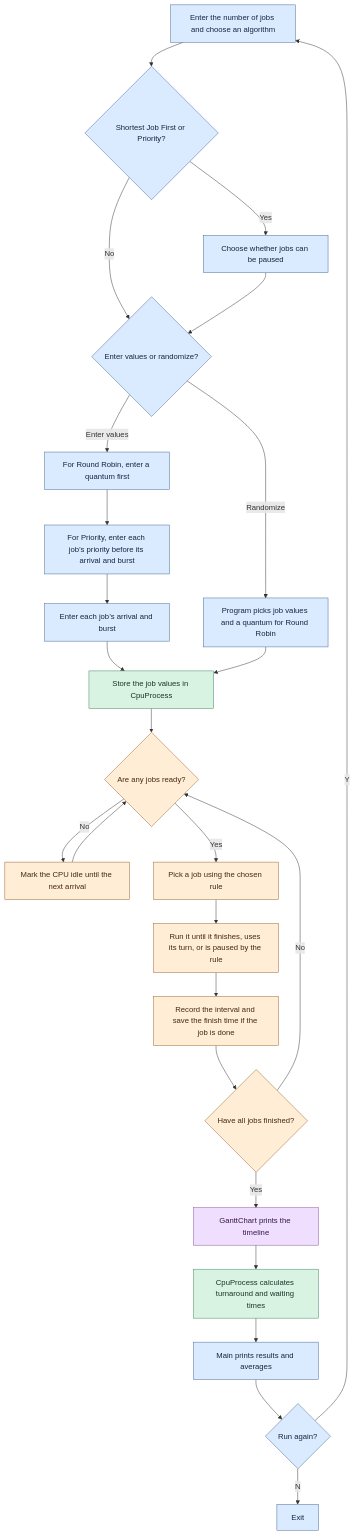
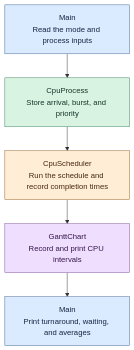
Before and after one commit to miraflowwer/cpu-scheduler: the diagram in README.md, drawn with Mermaid. The commit also changed other lines of this file and 3 other files, not shown here.

````diff
--- a/README.md
+++ b/README.md
@@ -43,35 +84,19 @@
 ```mermaid
 flowchart TD
-    A["Enter the number of jobs and choose an algorithm"] --> B{"Shortest Job First or Priority?"}
-    B -->|Yes| C["Choose whether jobs can be paused"]
-    B -->|No| D{"Enter values or randomize?"}
-    C --> D
-    D -->|Randomize| E["Program picks job values and a quantum for Round Robin"]
-    D -->|Enter values| F["For Round Robin, enter a quantum first"]
-    F --> T["For Priority, enter each job’s priority before its arrival and burst"]
-    T --> G["Enter each job’s arrival and burst"]
-    G --> S["Store the job values in CpuProcess"]
-    E --> S
-    S --> H{"Are any jobs ready?"}
-    H -->|No| I["Mark the CPU idle until the next arrival"]
-    I --> H
-    H -->|Yes| J["Pick a job using the chosen rule"]
-    J --> K["Run it until it finishes, uses its turn, or is paused by the rule"]
-    K --> L["Record the interval and save the finish time if the job is done"]
-    L --> M{"Have all jobs finished?"}
-    M -->|No| H
-    M -->|Yes| U["GanttChart prints the timeline"]
-    U --> V["CpuProcess calculates turnaround and waiting times"]
-    V --> N["Main prints results and averages"]
-    N --> O{"Run again?"}
-    O -->|Y| A
-    O -->|N| P["Exit"]
+    input["Main<br/>Read the mode and process inputs"]
+    processes["CpuProcess<br/>Store arrival, burst, and priority"]
+    scheduler["CpuScheduler<br/>Run the schedule and record completion times"]
+    chart["GanttChart<br/>Record and print CPU intervals"]
+    results["Main<br/>Print turnaround, waiting, and averages"]
+
+    input --> processes --> scheduler --> chart --> results
+
     classDef main fill:#daeaff,color:#142740,stroke:#456897
     classDef process fill:#d9f3e2,color:#153629,stroke:#428060
     classDef scheduler fill:#ffedd5,color:#462812,stroke:#98642f
     classDef chart fill:#f0deff,color:#35184a,stroke:#80539b
-    class A,B,C,D,E,F,T,G,N,O,P main
-    class S,V process
-    class H,I,J,K,L,M scheduler
-    class U chart
+    class input,results main
+    class processes process
+    class scheduler scheduler
+    class chart chart
 ```
````
